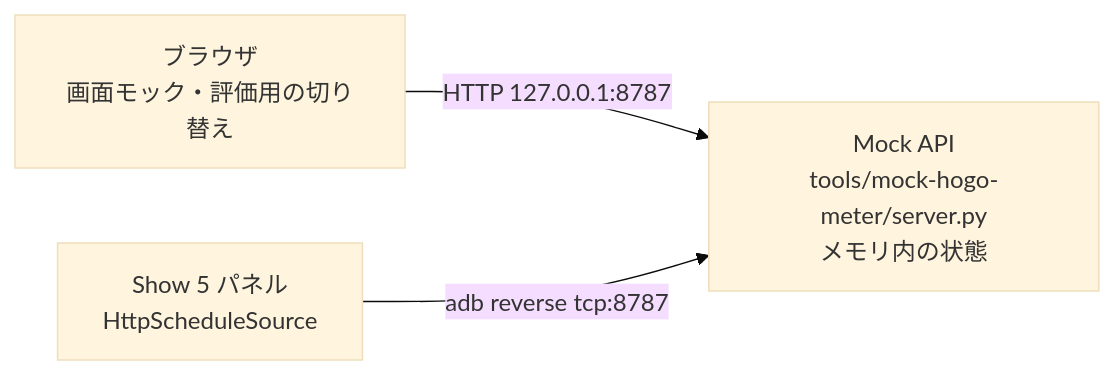
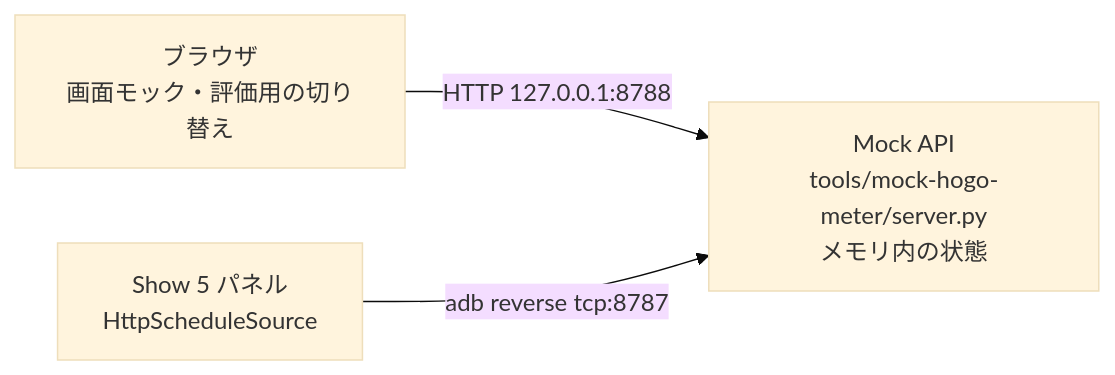
One commit to ysogabe/hogo-panel changed the diagram in docs/calendar-mock/design.md. Above: the diagram before and after it, drawn with Mermaid (base theme). The commit also changed other lines of this file and 1 other file, not shown here.

Commit message:
docs(calendar-mock): レビュー2回目を反映(設定コマンド、待ち受けの分離、見張り)

````diff
--- a/docs/calendar-mock/design.md
+++ b/docs/calendar-mock/design.md
@@ -9,5 +9,5 @@
 ```mermaid
 flowchart LR
-  B[ブラウザ\n画面モック・評価用の切り替え] -- HTTP 127.0.0.1:8787 --> M[Mock API\ntools/mock-hogo-meter/server.py\nメモリ内の状態]
+  B[ブラウザ\n画面モック・評価用の切り替え] -- HTTP 127.0.0.1:8788 --> M[Mock API\ntools/mock-hogo-meter/server.py\nメモリ内の状態]
   P[Show 5 パネル\nHttpScheduleSource] -- adb reverse tcp:8787 --> M
 ```
````
